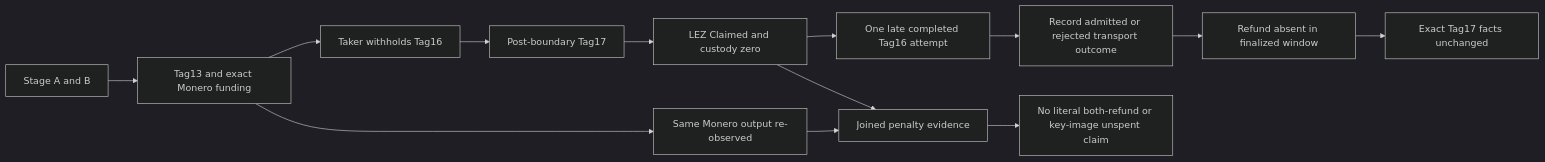
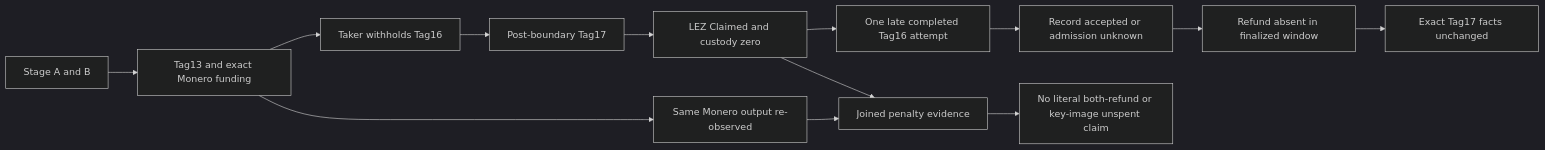
Diagram 31 of 56 in docs/architecture/system-architecture.md (gateway-fm/lez-atomic-swaps), drawn with Mermaid (dark theme) before and after one commit. The commit also changed other lines of this file and 10 other files, not shown here.

````diff
--- a/docs/architecture/system-architecture.md
+++ b/docs/architecture/system-architecture.md
@@ -2767,15 +2767,15 @@
 ```mermaid
 flowchart LR
     Stage[Stage A and B] --> Locks[Tag13 and exact Monero funding]
     Locks --> Abandon[Taker withholds Tag16]
     Abandon --> Punish[Post-boundary Tag17]
     Punish --> Terminal[LEZ Claimed and custody zero]
     Locks --> Reobserve[Same Monero output re-observed]
     Terminal --> Join[Joined penalty evidence]
     Reobserve --> Join
     Terminal --> Late16[One late completed Tag16 attempt]
-    Late16 --> Outcome[Record admitted or rejected transport outcome]
+    Late16 --> Outcome[Record accepted or admission unknown]
     Outcome --> Exclude[Refund absent in finalized window]
     Exclude --> Stable[Exact Tag17 facts unchanged]
     Join --> Residual[No literal both-refund or key-image unspent claim]
 ```
````
